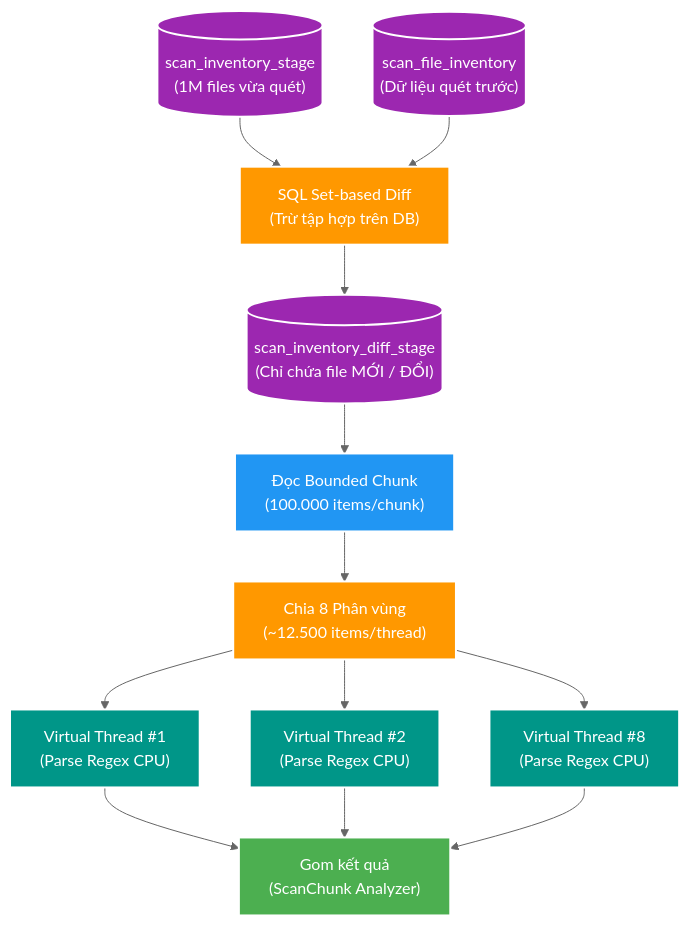
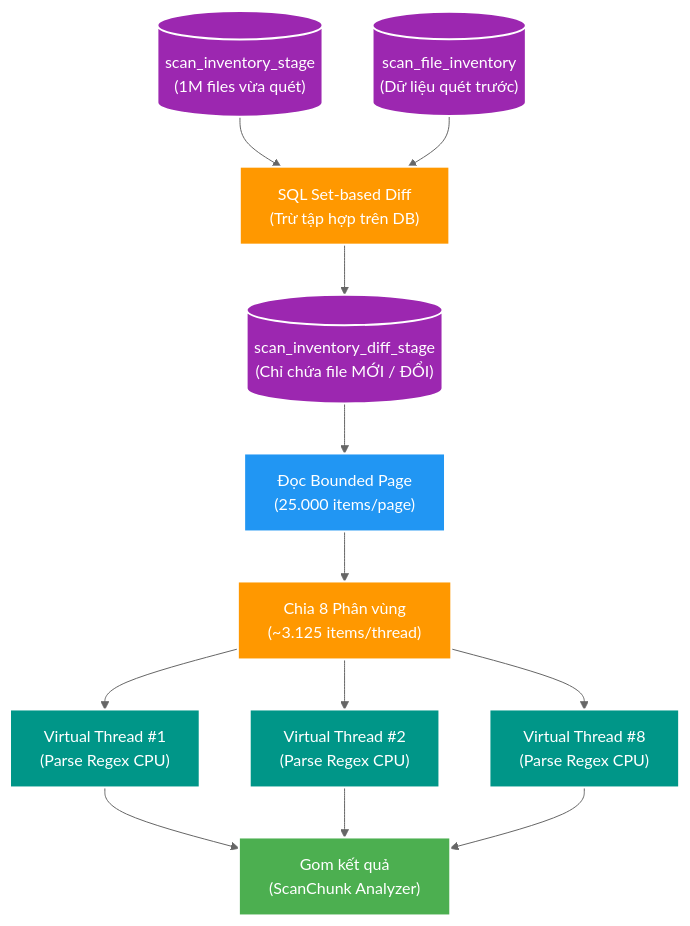
One commit to HungPhan200591/file-mngt-be-v2 changed the fourth of 6 diagrams in manual/learning/use-cases/scale-capacity/sc-01-scan-one-million-filesystem-entry/references/deep-dive-scan-preview-pipeline-under-30s.md. Above: the diagram before and after it, drawn with Mermaid (neutral theme). The commit also changed other lines of this file and 10 other files, not shown here.

````diff
--- a/manual/learning/use-cases/scale-capacity/sc-01-scan-one-million-filesystem-entry/references/deep-dive-scan-preview-pipeline-under-30s.md
+++ b/manual/learning/use-cases/scale-capacity/sc-01-scan-one-million-filesystem-entry/references/deep-dive-scan-preview-pipeline-under-30s.md
@@ -280,30 +280,30 @@
 ```mermaid
 flowchart TD
     STAGE[("scan_inventory_stage<br/>(1M files vừa quét)")]
     INV[("scan_file_inventory<br/>(Dữ liệu quét trước)")]
     
     STAGE & INV --> SQL_DIFF["SQL Set-based Diff<br/>(Trừ tập hợp trên DB)"]
     
     SQL_DIFF --> DIFF_TABLE[("scan_inventory_diff_stage<br/>(Chỉ chứa file MỚI / ĐỔI)")]
     
-    DIFF_TABLE --> CHUNK_READ["Đọc Bounded Chunk<br/>(100.000 items/chunk)"]
+    DIFF_TABLE --> CHUNK_READ["Đọc Bounded Page<br/>(25.000 items/page)"]
     
-    CHUNK_READ --> SPLIT["Chia 8 Phân vùng<br/>(~12.500 items/thread)"]
+    CHUNK_READ --> SPLIT["Chia 8 Phân vùng<br/>(~3.125 items/thread)"]
     
     SPLIT --> V1["Virtual Thread #1<br/>(Parse Regex CPU)"]
     SPLIT --> V2["Virtual Thread #2<br/>(Parse Regex CPU)"]
     SPLIT --> V8["Virtual Thread #8<br/>(Parse Regex CPU)"]
     
     V1 & V2 & V8 --> MERGE["Gom kết quả<br/>(ScanChunk Analyzer)"]
 
     style STAGE fill:#9C27B0,stroke:#fff,stroke-width:2px,color:#fff
     style INV fill:#9C27B0,stroke:#fff,stroke-width:2px,color:#fff
     style SQL_DIFF fill:#FF9800,stroke:#fff,stroke-width:2px,color:#fff
     style DIFF_TABLE fill:#9C27B0,stroke:#fff,stroke-width:2px,color:#fff
     style CHUNK_READ fill:#2196F3,stroke:#fff,stroke-width:2px,color:#fff
     style SPLIT fill:#FF9800,stroke:#fff,stroke-width:2px,color:#fff
     style V1 fill:#009688,stroke:#fff,stroke-width:2px,color:#fff
     style V2 fill:#009688,stroke:#fff,stroke-width:2px,color:#fff
     style V8 fill:#009688,stroke:#fff,stroke-width:2px,color:#fff
     style MERGE fill:#4CAF50,stroke:#fff,stroke-width:2px,color:#fff
 ```
````
